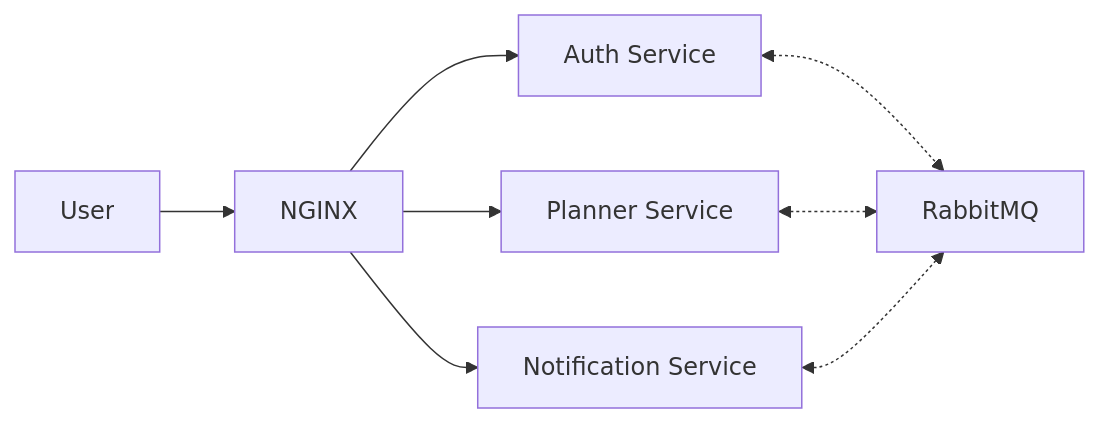
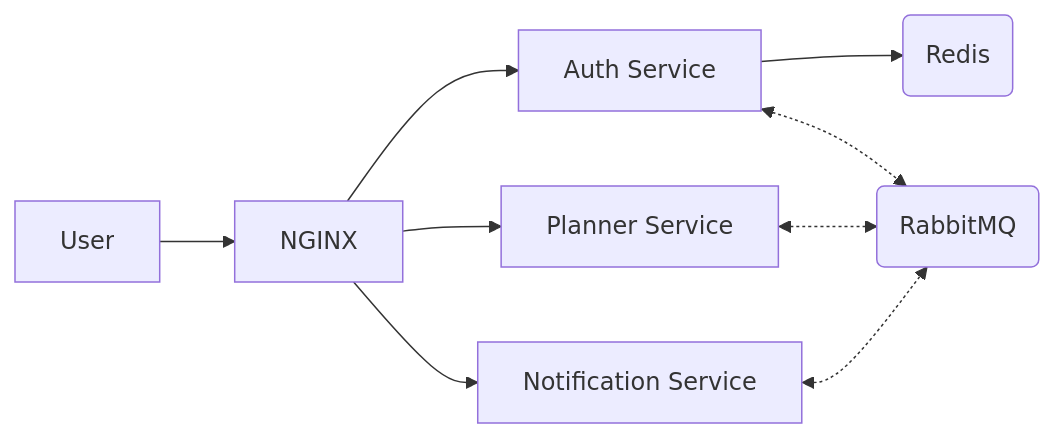
One commit to dsbasko/yandex-go-diploma-1 changed the first of 4 diagrams in readme.md. Above: the diagram before and after it, drawn with Mermaid. The commit also changed other lines of this file and 3 other files, not shown here.

````diff
--- a/readme.md
+++ b/readme.md
@@ -51,19 +35,21 @@
 ```mermaid
 flowchart LR
     user[User]
     nginx[NGINX]
     authService[Auth Service]
     notificationService[Notification Service]
     plannerService[Planner Service]
-    rmq[RabbitMQ]
+    rmq(RabbitMQ)
+    redis(Redis)
     
     user --> nginx
     
     nginx --> authService
     nginx --> notificationService
     nginx --> plannerService
 
+    authService --> redis
     authService <-.-> rmq
     plannerService <-.-> rmq
     notificationService <-.-> rmq
 ```
````
